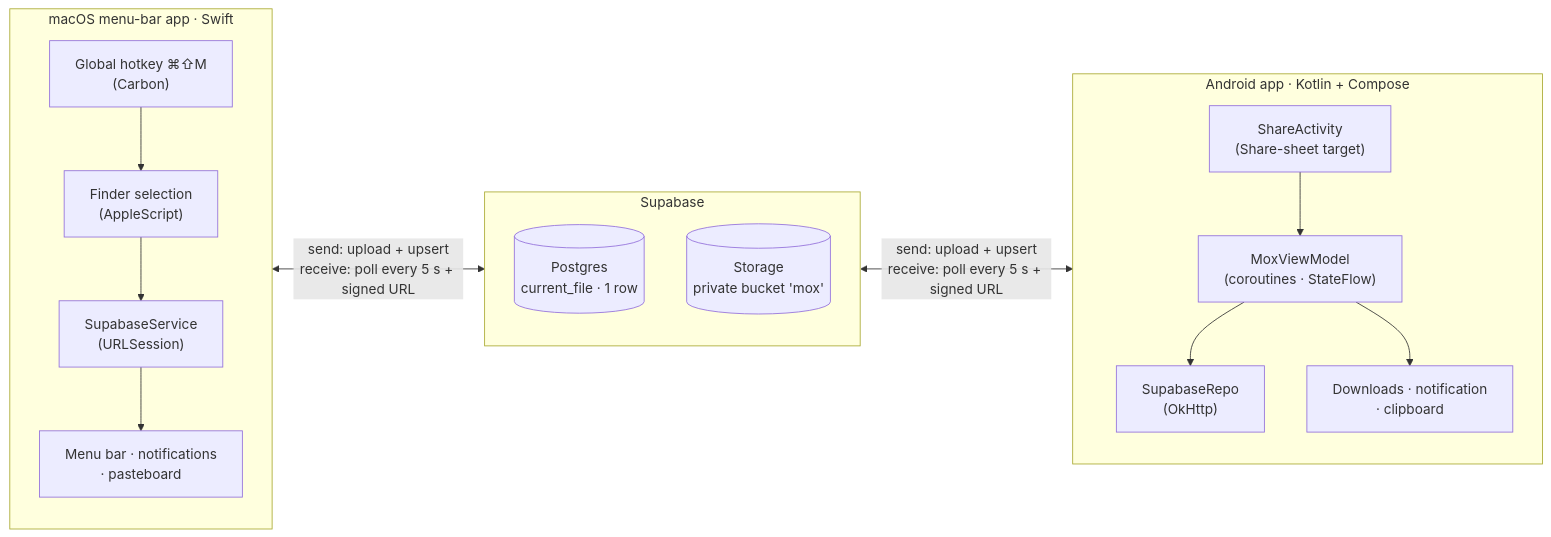
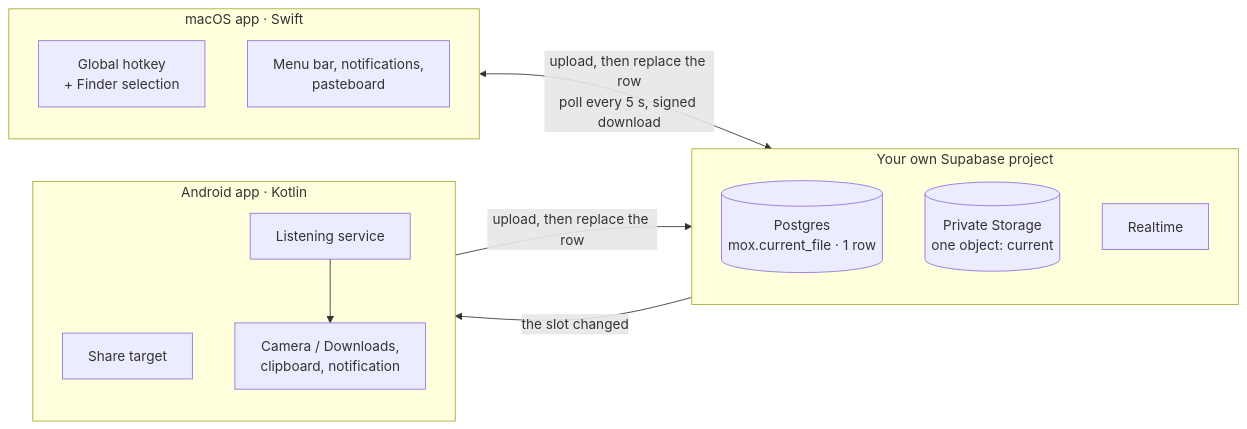
Before and after one commit to GiamSoo23/Mox: the diagram in README.md, drawn with Mermaid. The commit also changed other lines of this file and 12 other files, not shown here.

First line of the commit message:
docs: README and architecture for the current app, and community files

````diff
--- a/README.md
+++ b/README.md
@@ -41,30 +39,27 @@
 ```mermaid
 flowchart LR
-    subgraph MAC["macOS menu-bar app · Swift"]
+    subgraph MAC["macOS app · Swift"]
         direction TB
-        HK["Global hotkey ⌘⇧M<br/>(Carbon)"]
-        FS["Finder selection<br/>(AppleScript)"]
-        SS["SupabaseService<br/>(URLSession)"]
-        MB["Menu bar · notifications<br/>· pasteboard"]
-        HK --> FS --> SS --> MB
+        HK["Global hotkey<br/>+ Finder selection"]
+        MB["Menu bar, notifications,<br/>pasteboard"]
     end
 
-    subgraph SUPA["Supabase"]
+    subgraph SUPA["Your own Supabase project"]
         direction TB
-        PG[("Postgres<br/>current_file · 1 row")]
-        ST[("Storage<br/>private bucket 'mox'")]
+        PG[("Postgres<br/>mox.current_file · 1 row")]
+        ST[("Private Storage<br/>one object: current")]
+        RT["Realtime"]
     end
 
-    subgraph AND["Android app · Kotlin + Compose"]
+    subgraph AND["Android app · Kotlin"]
         direction TB
-        SH["ShareActivity<br/>(Share-sheet target)"]
-        VM["MoxViewModel<br/>(coroutines · StateFlow)"]
-        SR["SupabaseRepo<br/>(OkHttp)"]
-        DL["Downloads · notification<br/>· clipboard"]
-        SH --> VM --> SR
-        VM --> DL
+        SH["Share target"]
+        LS["Listening service"]
+        DL["Camera / Downloads,<br/>clipboard, notification"]
     end
 
-    MAC <-- "send: upload + upsert<br/>receive: poll every 5 s + signed URL" --> SUPA
-    SUPA <-- "send: upload + upsert<br/>receive: poll every 5 s + signed URL" --> AND
+    MAC <-- "upload, then replace the row<br/>poll every 5 s, signed download" --> SUPA
+    AND -- "upload, then replace the row" --> SUPA
+    RT -- "the slot changed" --> LS
+    LS --> DL
 ```
````
